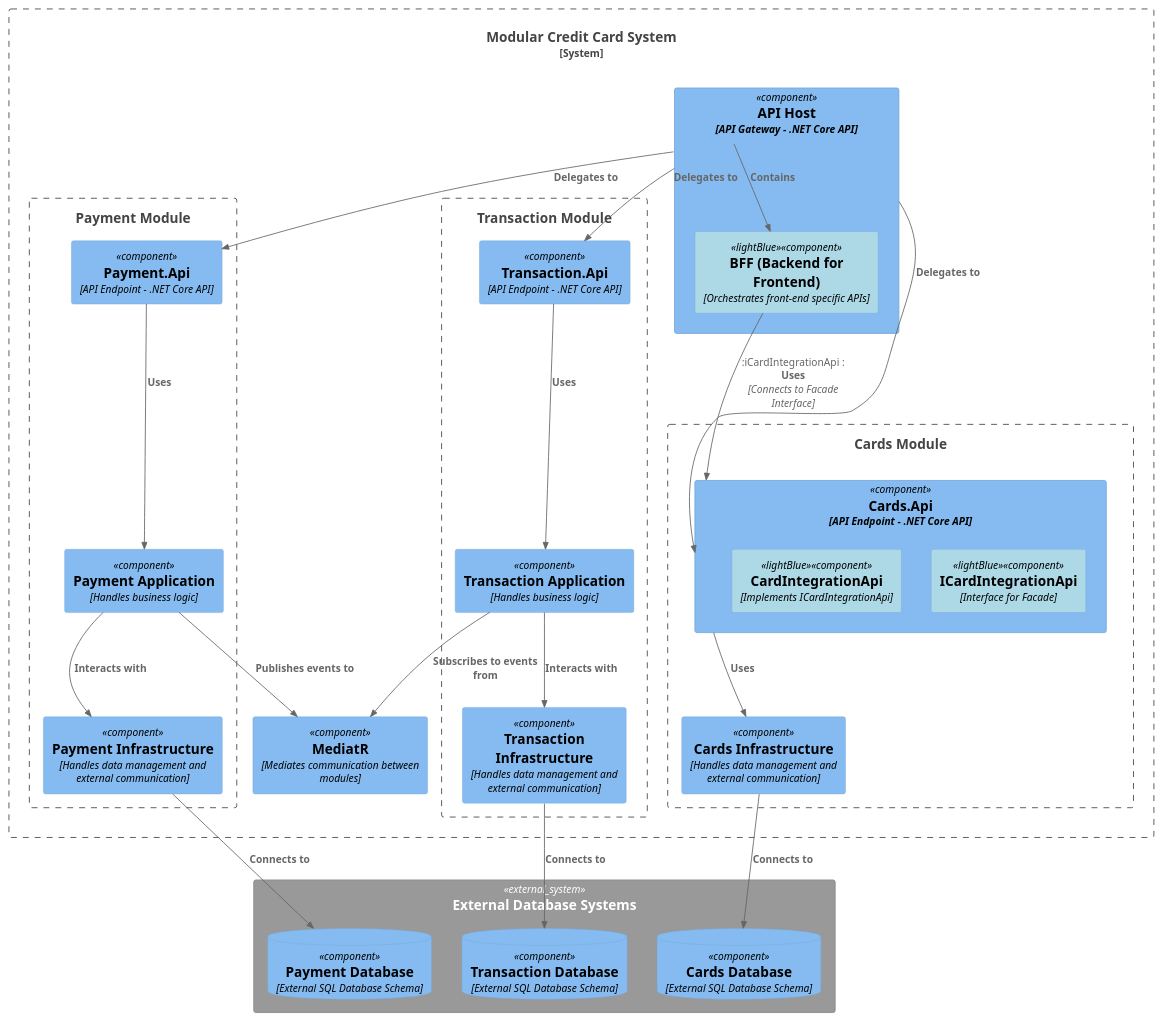
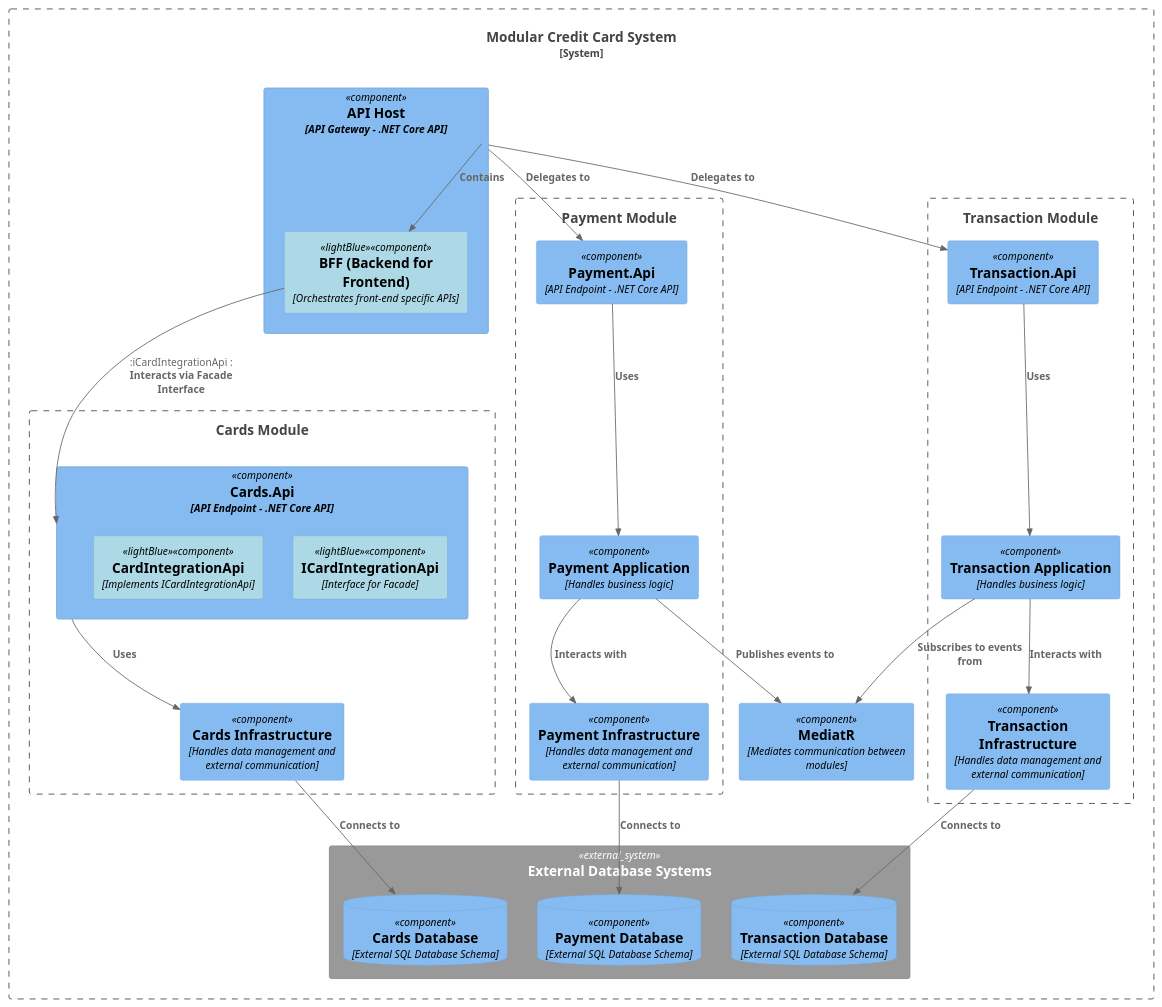
Before and after one commit to direstrepo24/modular-credit-card-monolith-main: the diagram in Arquitecture/ModulesWithBFFFinal.puml, drawn with PlantUML.

Commit message:
integration module with bff

```diff
--- a/Arquitecture/ModulesWithBFFFinal.puml
+++ b/Arquitecture/ModulesWithBFFFinal.puml
@@ -1,63 +1,60 @@
-@startuml C4 Components Module with Organized Connections
+@startuml C4 Components Module with Simplified Connections
 !include https://raw.githubusercontent.com/plantuml-stdlib/C4-PlantUML/master/C4_Component.puml
 
 AddComponentTag("lightBlue", $bgColor="#ADD8E6")
 
 System_Boundary(c1, "Modular Credit Card System") {
     Component(apiHost, "API Host", "API Gateway - .NET Core API") {
         Component(bff, "BFF (Backend for Frontend)", "Orchestrates front-end specific APIs", $tags="lightBlue")
     }
 
     Boundary(paymentModule, "Payment Module") {
         Component(paymentApi, "Payment.Api", "API Endpoint - .NET Core API")
         Component(paymentApp, "Payment Application", "Handles business logic")
         Component(paymentInfra, "Payment Infrastructure", "Handles data management and external communication")
     }
 
     Boundary(transactionModule, "Transaction Module") {
         Component(transactionApi, "Transaction.Api", "API Endpoint - .NET Core API")
         Component(transactionApp, "Transaction Application", "Handles business logic")
         Component(transactionInfra, "Transaction Infrastructure", "Handles data management and external communication")
     }
 
     Boundary(cardsModule, "Cards Module") {
         Component(cardsApi, "Cards.Api", "API Endpoint - .NET Core API") {
             Component(iCardIntegrationApi, "ICardIntegrationApi", "Interface for Facade", $tags="lightBlue")
             Component(cardIntegrationApi, "CardIntegrationApi", "Implements ICardIntegrationApi", $tags="lightBlue")
         }
         Component(cardsInfra, "Cards Infrastructure", "Handles data management and external communication")
     }
 
     Component(mediator, "MediatR", "Mediates communication between modules")
     
-   
-}
-
- System_Ext(dbBoundary, "External Database Systems") {
+    System_Ext(dbBoundary, "External Database Systems") {
         ComponentDb(paymentData, "Payment Database", "External SQL Database Schema")
         ComponentDb(transactionData, "Transaction Database", "External SQL Database Schema")
         ComponentDb(cardsData, "Cards Database", "External SQL Database Schema")
     }
+}
 
 Rel(apiHost, paymentApi, "Delegates to")
 Rel(apiHost, transactionApi, "Delegates to")
-Rel(apiHost, cardsApi, "Delegates to")
 Rel(apiHost, bff, "Contains")
 
-Rel(bff, cardsApi::iCardIntegrationApi, "Uses", "Connects to Facade Interface")
+Rel(bff, cardsApi::iCardIntegrationApi, "Interacts via Facade Interface")
 
 Rel(paymentApi, paymentApp, "Uses")
 Rel(transactionApi, transactionApp, "Uses")
 Rel(cardsApi, cardsInfra, "Uses")
 
 Rel(paymentApp, paymentInfra, "Interacts with")
 Rel(transactionApp, transactionInfra, "Interacts with")
 
 Rel(paymentInfra, paymentData, "Connects to")
 Rel(transactionInfra, transactionData, "Connects to")
 Rel(cardsInfra, cardsData, "Connects to")
 
 Rel(paymentApp, mediator, "Publishes events to")
 Rel(transactionApp, mediator, "Subscribes to events from")
 
 @enduml
```
